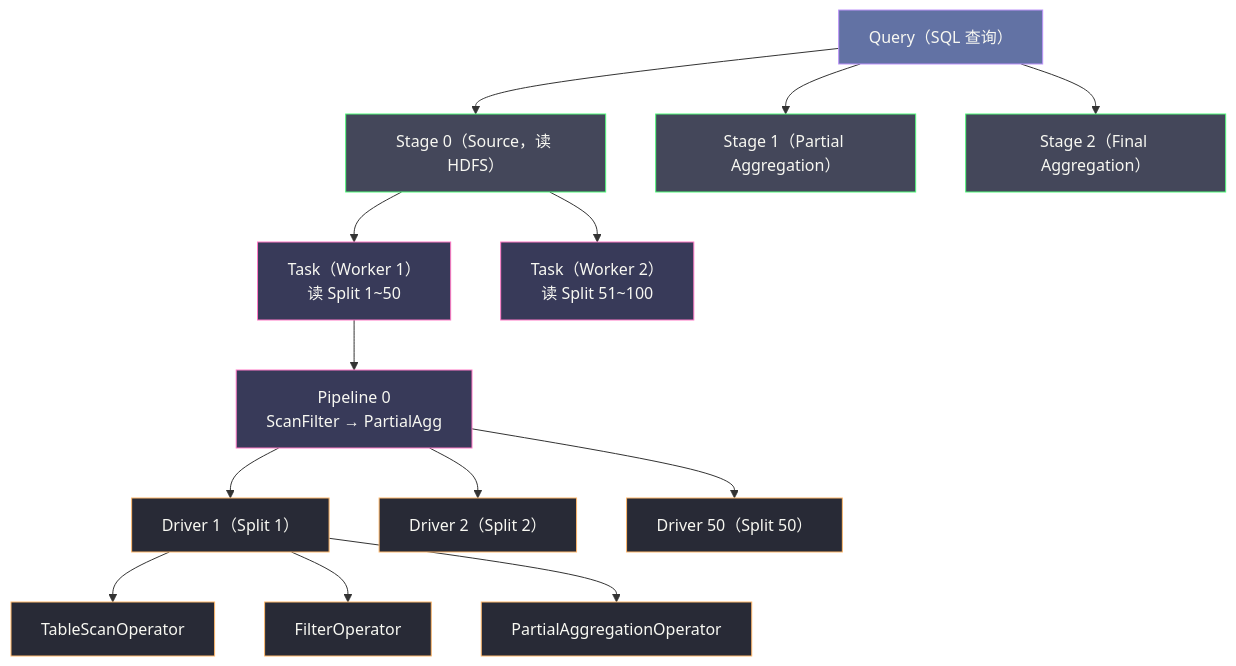
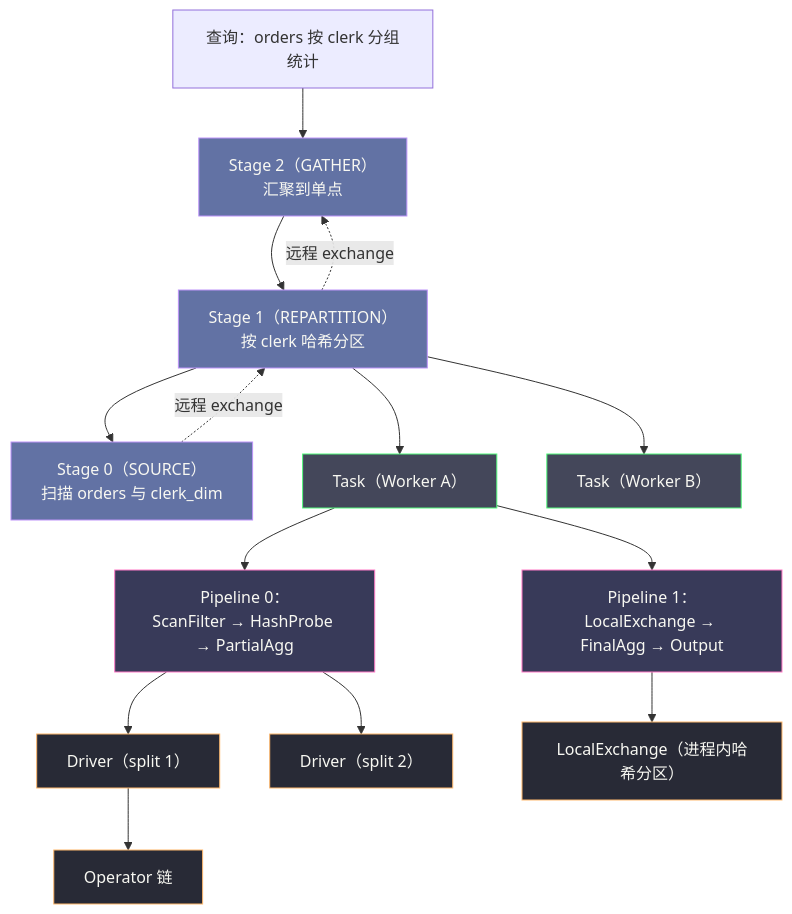
Before and after one commit to hpliStartAgain/my-brain: the first of 6 diagrams in content/中间件/Trino/02 查询执行引擎——Stage、Task 与 Pipeline.md, drawn with Mermaid. The commit also changed other lines of this file and 455 other files, not shown here.

````diff
--- a/content/中间件/Trino/02 查询执行引擎——Stage、Task 与 Pipeline.md
+++ b/content/中间件/Trino/02 查询执行引擎——Stage、Task 与 Pipeline.md
@@ -45,30 +49,32 @@
 ```mermaid
+%%{init: {'theme': 'dracula'}}%%
 graph TD
-    classDef query fill:#6272a4,stroke:#bd93f9,color:#f8f8f2
-    classDef stage fill:#44475a,stroke:#50fa7b,color:#f8f8f2
-    classDef task fill:#383a59,stroke:#ff79c6,color:#f8f8f2
-    classDef driver fill:#282a36,stroke:#ffb86c,color:#f8f8f2
+    classDef stage fill:#6272a4,stroke:#bd93f9,color:#f8f8f2
+    classDef task fill:#44475a,stroke:#50fa7b,color:#f8f8f2
+    classDef pipe fill:#383a59,stroke:#ff79c6,color:#f8f8f2
+    classDef op fill:#282a36,stroke:#ffb86c,color:#f8f8f2
+    classDef ex fill:#44475a,stroke:#ff5555,color:#f8f8f2
 
-    Q["Query（SQL 查询）"] --> S0["Stage 0（Source，读 HDFS）"]
-    Q --> S1["Stage 1（Partial Aggregation）"]
-    Q --> S2["Stage 2（Final Aggregation）"]
+    Q["查询：orders 按 clerk 分组统计"] --> S2["Stage 2（GATHER）<br/>汇聚到单点"]
+    S2 --> S1["Stage 1（REPARTITION）<br/>按 clerk 哈希分区"]
+    S1 --> S0["Stage 0（SOURCE）<br/>扫描 orders 与 clerk_dim"]
 
-    S0 --> T0_W1["Task（Worker 1）<br/>读 Split 1~50"]
-    S0 --> T0_W2["Task（Worker 2）<br/>读 Split 51~100"]
+    S1 --> T1["Task（Worker A）"]
+    S1 --> T2["Task（Worker B）"]
 
-    T0_W1 --> PL1["Pipeline 0<br/>ScanFilter → PartialAgg"]
-    PL1 --> D1["Driver 1（Split 1）"]
-    PL1 --> D2["Driver 2（Split 2）"]
-    PL1 --> D50["Driver 50（Split 50）"]
+    T1 --> P0["Pipeline 0：<br/>ScanFilter → HashProbe → PartialAgg"]
+    T1 --> P1["Pipeline 1：<br/>LocalExchange → FinalAgg → Output"]
+    P0 --> D1["Driver（split 1）"]
+    P0 --> D2["Driver（split 2）"]
+    D1 --> O1["Operator 链"]
+    P1 --> EX["LocalExchange（进程内哈希分区）"]
 
-    D1 --> OP1["TableScanOperator"]
-    D1 --> OP2["FilterOperator"]
-    D1 --> OP3["PartialAggregationOperator"]
+    S0 -.->|"远程 exchange"| S1
+    S1 -.->|"远程 exchange"| S2
 
-    class Q query
     class S0,S1,S2 stage
-    class T0_W1,T0_W2 task
-    class PL1 task
-    class D1,D2,D50 driver
-    class OP1,OP2,OP3 driver
+    class T1,T2 task
+    class P0,P1 pipe
+    class D1,D2 op
+    class O1,EX op
 ```
````
